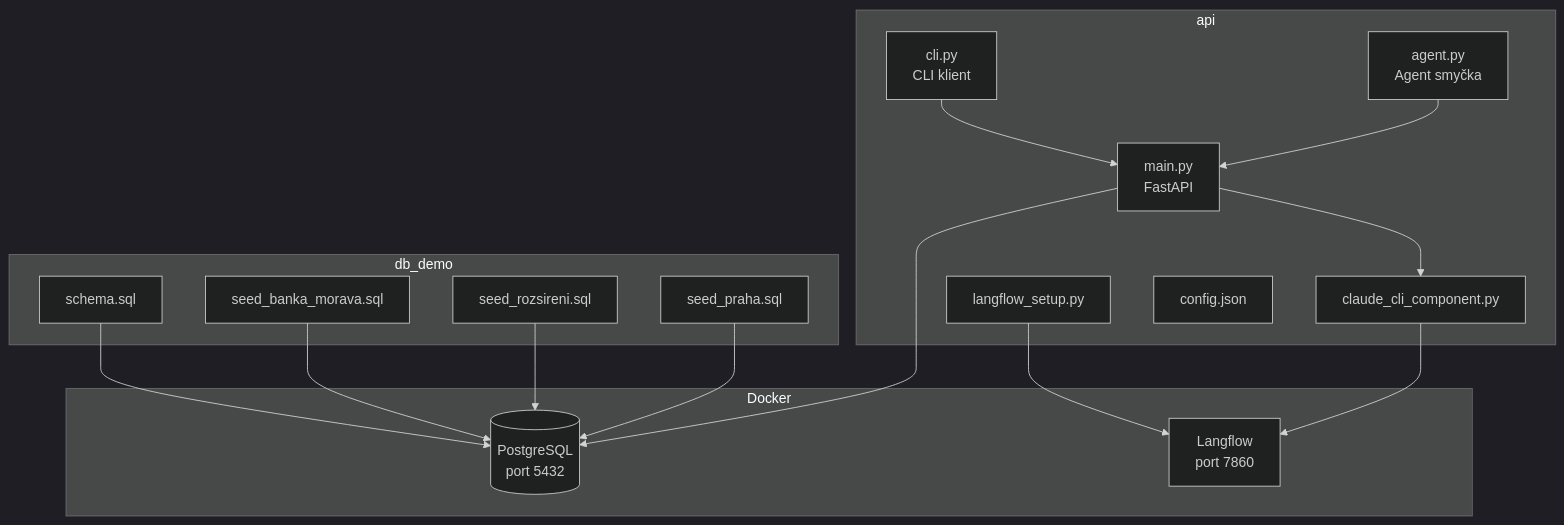
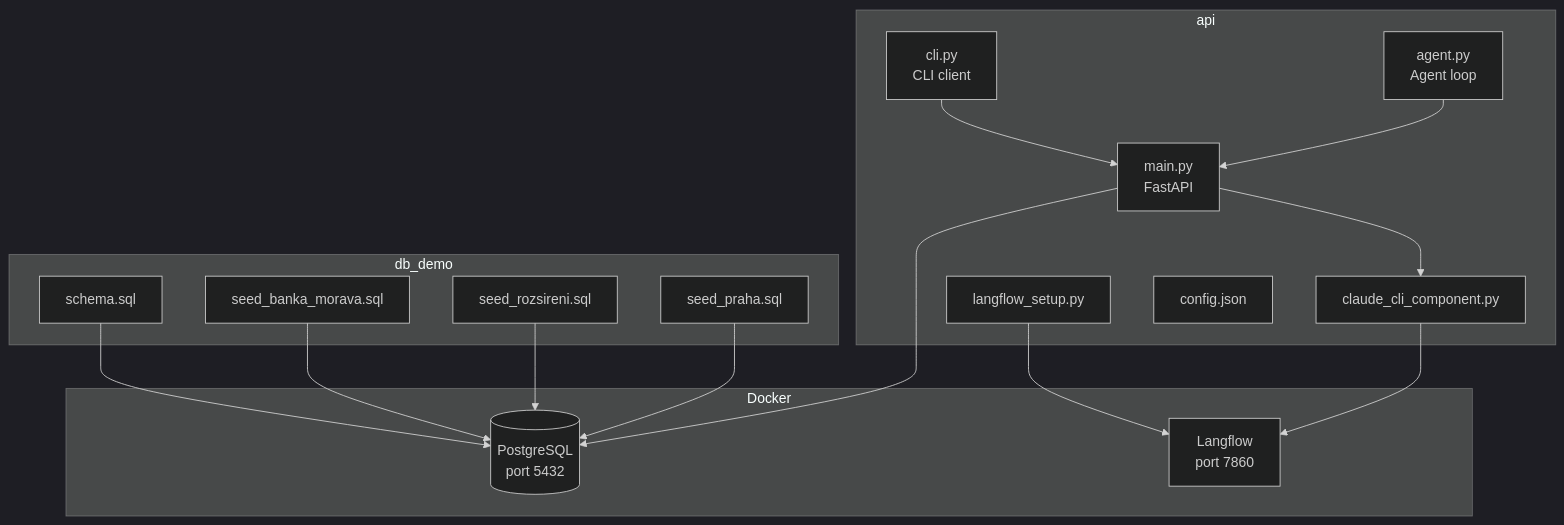
Before and after one commit to navidofek-cmyk/virtual_co: the sixth of 6 diagrams in db_demo/schema_grafika.md, drawn with Mermaid (dark theme). The commit also changed other lines of this file and 3 other files, not shown here.

````diff
--- a/db_demo/schema_grafika.md
+++ b/db_demo/schema_grafika.md
@@ -268,35 +268,35 @@
 ```mermaid
 graph TD
     subgraph db_demo
         S[schema.sql]
         SD[seed_banka_morava.sql]
         SR[seed_rozsireni.sql]
         SP[seed_praha.sql]
     end
 
     subgraph api
         M[main.py\nFastAPI]
-        C[cli.py\nCLI klient]
-        AG[agent.py\nAgent smyčka]
+        C[cli.py\nCLI client]
+        AG[agent.py\nAgent loop]
         LS[langflow_setup.py]
         CC[claude_cli_component.py]
         CF[config.json]
     end
 
     subgraph Docker
         PG[(PostgreSQL\nport 5432)]
         LF[Langflow\nport 7860]
     end
 
     S --> PG
     SD --> PG
     SR --> PG
     SP --> PG
 
     C --> M
     AG --> M
     M --> PG
     M --> CC
     LS --> LF
     CC --> LF
 ```
````
